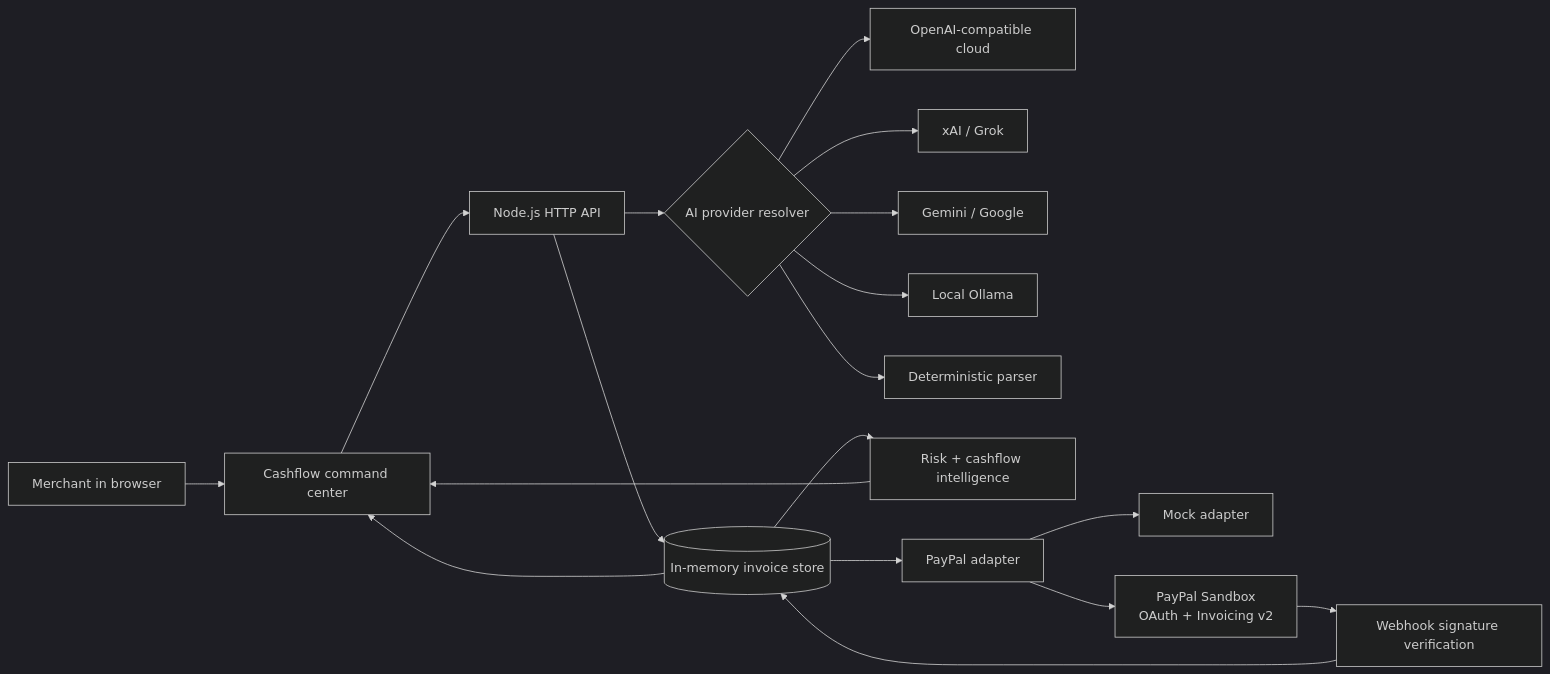
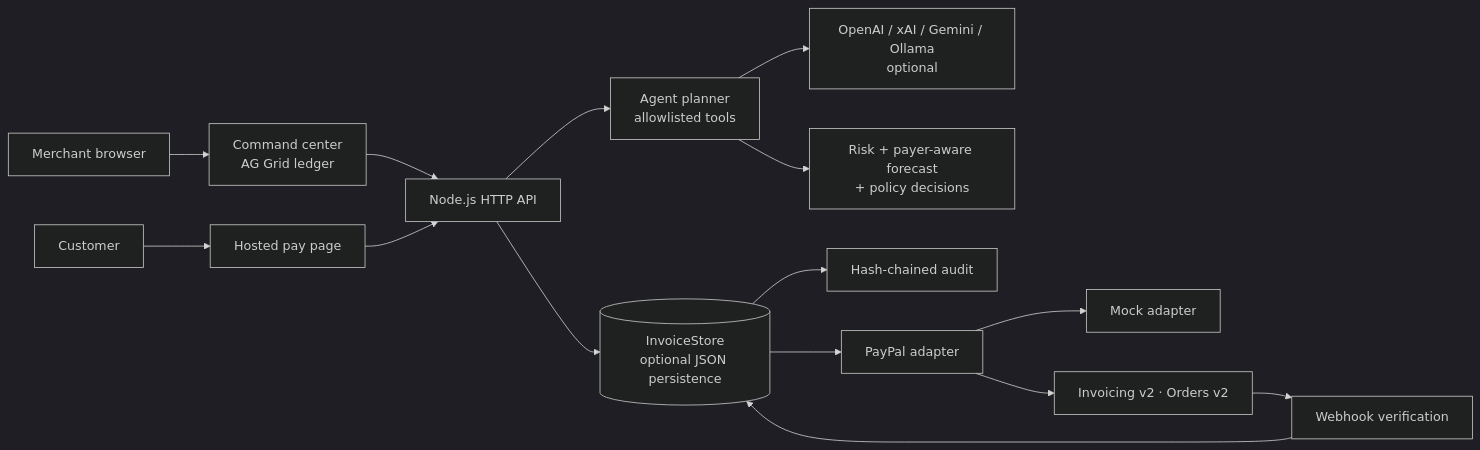
Before and after one commit to sidg2hp/paypal: the diagram in README.md, drawn with Mermaid (dark theme). The commit also changed other lines of this file and 69 other files, not shown here.

````diff
--- a/README.md
+++ b/README.md
@@ -44,23 +102,18 @@
 ```mermaid
 flowchart LR
-    shopper[Merchant in browser] --> ui[Cashflow command center]
+    merchant[Merchant browser] --> ui[Command center<br/>AG Grid ledger]
+    customer[Customer] --> pay[Hosted pay page]
     ui --> api[Node.js HTTP API]
+    pay --> api
 
-    api --> resolver{AI provider resolver}
-    resolver --> openai[OpenAI-compatible cloud]
-    resolver --> xai[xAI / Grok]
-    resolver --> gemini[Gemini / Google]
-    resolver --> ollama[Local Ollama]
-    resolver --> fallback[Deterministic parser]
-
-    api --> store[(In-memory invoice store)]
-    store --> insights[Risk + cashflow intelligence]
+    api --> planner[Agent planner<br/>allowlisted tools]
+    planner --> ai[OpenAI / xAI / Gemini / Ollama<br/>optional]
+    planner --> insights[Risk + payer-aware forecast<br/>+ policy decisions]
+    api --> store[(InvoiceStore<br/>optional JSON persistence)]
+    store --> audit[Hash-chained audit]
     store --> paypal[PayPal adapter]
     paypal --> mock[Mock adapter]
-    paypal --> sandbox[PayPal Sandbox<br/>OAuth + Invoicing v2]
-
-    sandbox --> verify[Webhook signature verification]
-    verify --> store
-    insights --> ui
-    store --> ui
+    paypal --> sandbox[Invoicing v2 · Orders v2]
+    sandbox --> webhook[Webhook verification]
+    webhook --> store
 ```
````
